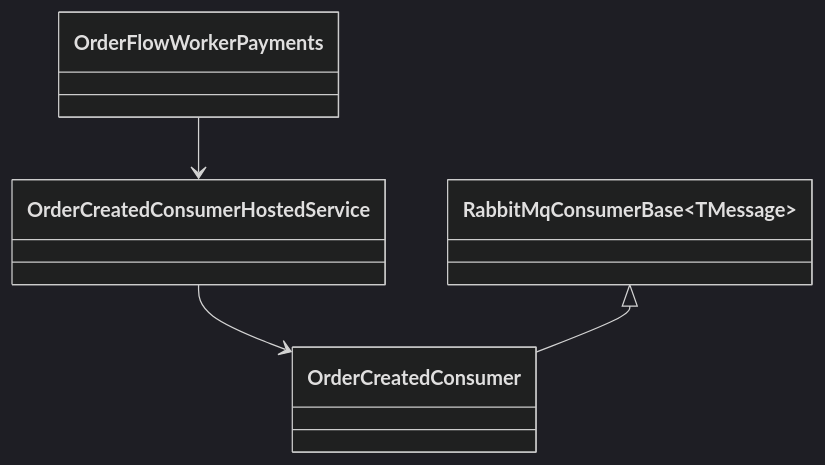
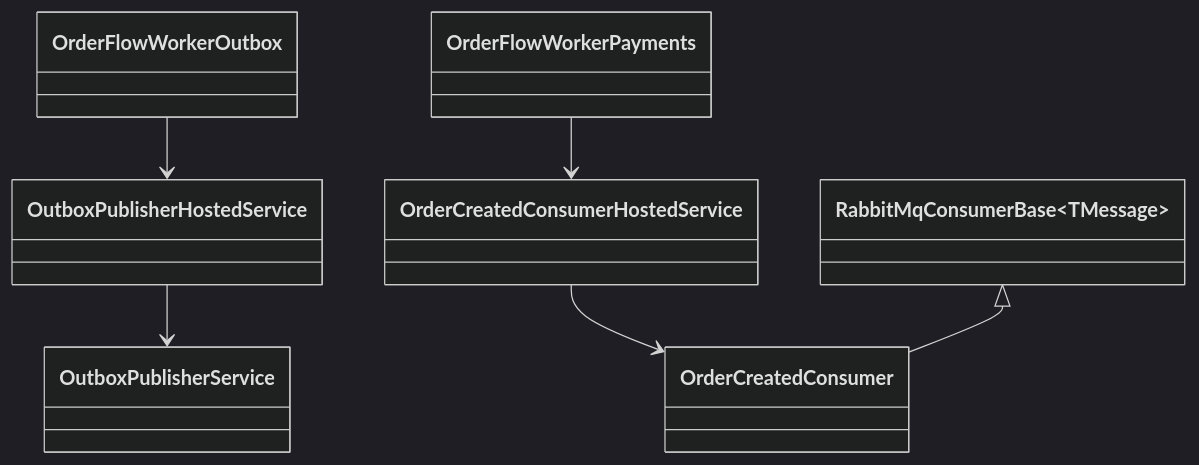
The second of 11 diagrams in docs/diagrams/Arquitetura-Geral.md (MarcosMj2rs/OrderFlow), drawn with Mermaid (dark theme) before and after one commit. The commit also changed other lines of this file and 3 other files, not shown here.

````diff
--- a/docs/diagrams/Arquitetura-Geral.md
+++ b/docs/diagrams/Arquitetura-Geral.md
@@ -92,12 +139,23 @@
 ```mermaid
 classDiagram
+
+%% WORKER OUTBOX
+
+class OrderFlowWorkerOutbox
+class OutboxPublisherHostedService
+class OutboxPublisherService
+
+OrderFlowWorkerOutbox --> OutboxPublisherHostedService
+OutboxPublisherHostedService --> OutboxPublisherService
+
+%% WORKER PAYMENTS
 
 class OrderFlowWorkerPayments
 class OrderCreatedConsumerHostedService
 class RabbitMqConsumerBase~TMessage~
 class OrderCreatedConsumer
 
 OrderFlowWorkerPayments --> OrderCreatedConsumerHostedService
 OrderCreatedConsumerHostedService --> OrderCreatedConsumer
 RabbitMqConsumerBase~TMessage~ <|-- OrderCreatedConsumer
 ```
````
